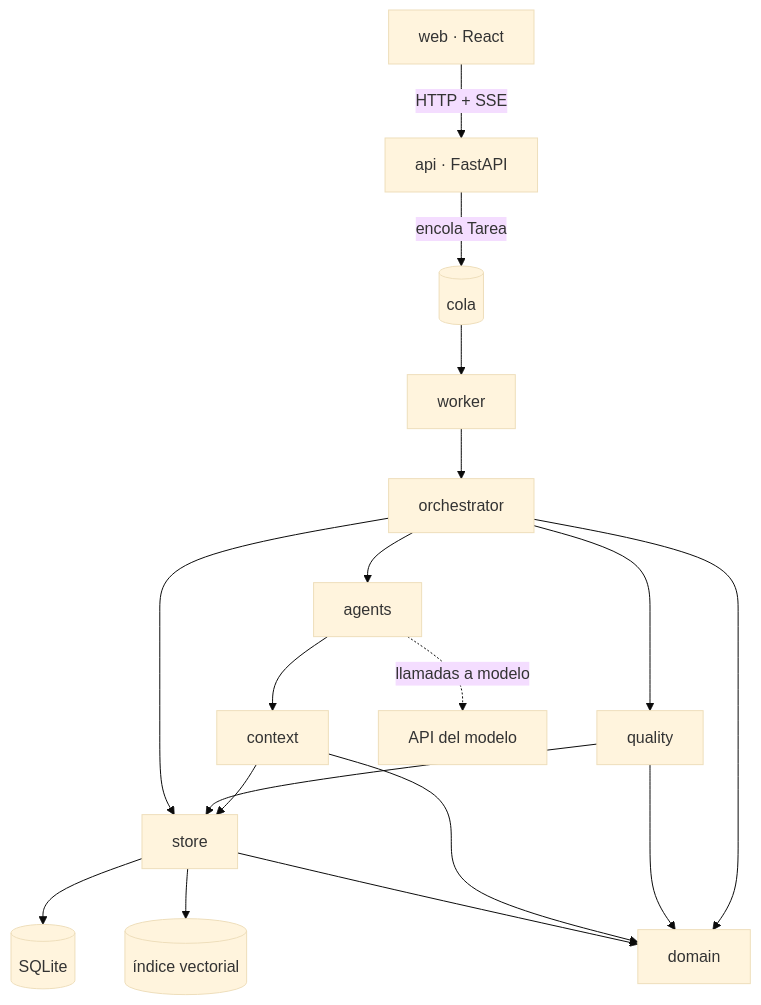
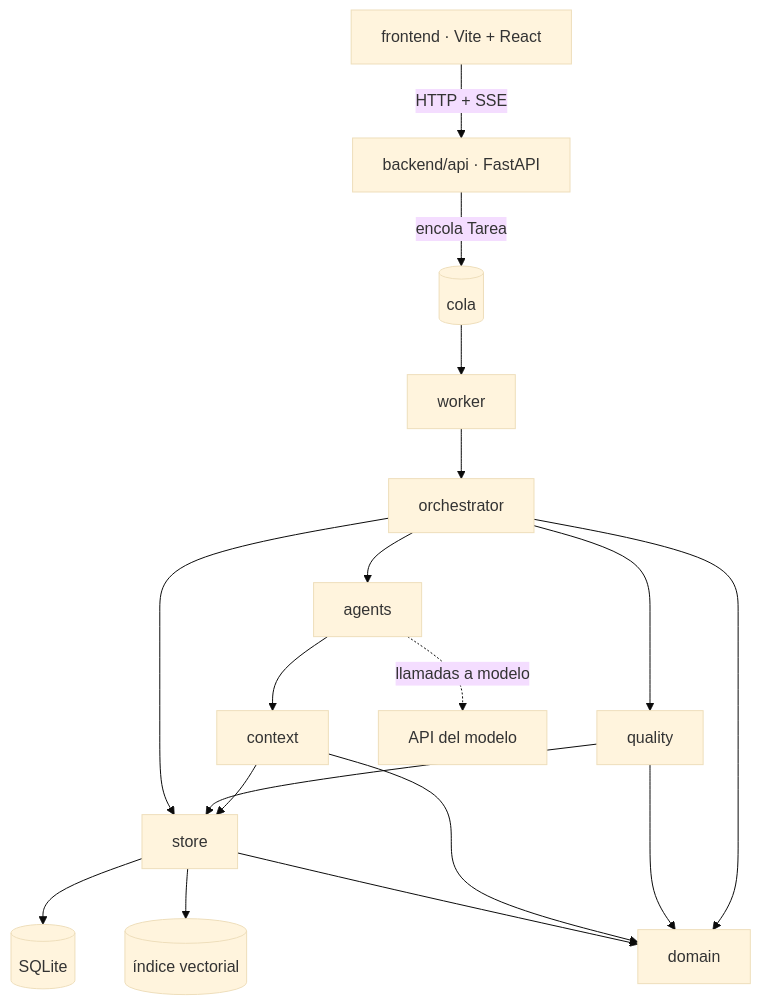
One commit to NabeelKazi12/MyStoryMaker changed the first of 3 diagrams in docs/architecture.md. Above: the diagram before and after it, drawn with Mermaid (base theme). The commit also changed other lines of this file and 11 other files, not shown here.

````diff
--- a/docs/architecture.md
+++ b/docs/architecture.md
@@ -69,22 +71,22 @@
 ```mermaid
 flowchart TD
-    WEB[web · React] -->|HTTP + SSE| API[api · FastAPI]
+    WEB[frontend · Vite + React] -->|HTTP + SSE| API[backend/api · FastAPI]
     API -->|encola Tarea| Q[(cola)]
     Q --> W[worker]
     W --> ORC[orchestrator]
     ORC --> AG[agents]
     ORC --> QA[quality]
     AG --> CTX[context]
     CTX --> ST[store]
     QA --> ST
     ORC --> ST
     ST --> DB[(SQLite)]
     ST --> VEC[(índice vectorial)]
     AG -.->|llamadas a modelo| LLM[API del modelo]
 
     DOM[domain]
     ORC --> DOM
     QA --> DOM
     CTX --> DOM
     ST --> DOM
 ```
````
